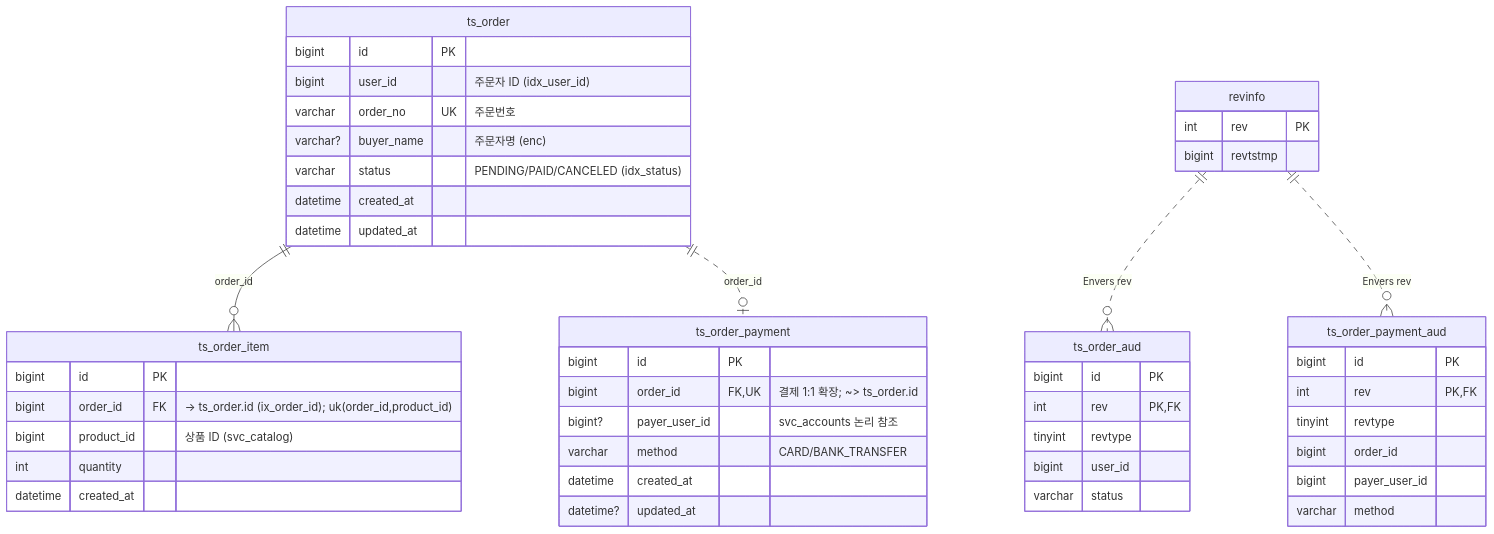
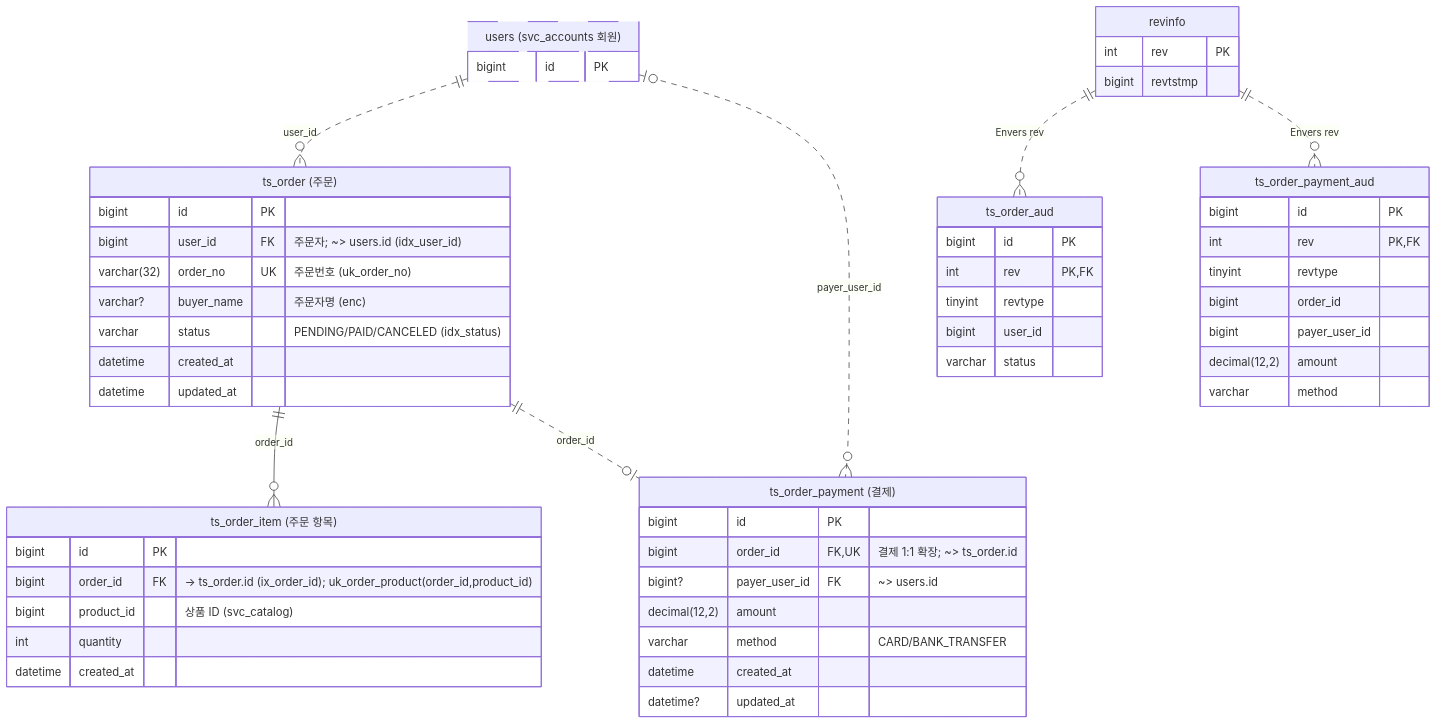
The diagram in examples/order.mmd (JHZLO/resin), drawn with Mermaid before and after one commit. The commit also changed 17 other files, not shown here.

```diff
--- a/examples/order.mmd
+++ b/examples/order.mmd
@@ -1,56 +1,66 @@
 erDiagram
     %% solid(--)=physical FK / dotted(..)=logical reference
+    users ||..o{ ts_order : "user_id"
     ts_order ||--o{ ts_order_item : "order_id"
     ts_order ||..o| ts_order_payment : "order_id"
+    users |o..o{ ts_order_payment : "payer_user_id"
 
     revinfo ||..o{ ts_order_aud : "Envers rev"
     revinfo ||..o{ ts_order_payment_aud : "Envers rev"
 
-    ts_order {
+    users["users (svc_accounts 회원)"]:::external {
         bigint id PK
-        bigint user_id "주문자 ID (idx_user_id)"
-        varchar order_no UK "주문번호"
+    }
+
+    ts_order["ts_order (주문)"] {
+        bigint id PK
+        bigint user_id FK "주문자; ~> users.id (idx_user_id)"
+        varchar(32) order_no UK "주문번호 (uk_order_no)"
         varchar? buyer_name "주문자명 (enc)"
         varchar status "PENDING/PAID/CANCELED (idx_status)"
         datetime created_at
         datetime updated_at
     }
 
-    ts_order_item {
+    ts_order_item["ts_order_item (주문 항목)"] {
         bigint id PK
-        bigint order_id FK "-> ts_order.id (ix_order_id); uk(order_id,product_id)"
+        bigint order_id FK "-> ts_order.id (ix_order_id); uk_order_product(order_id,product_id)"
         bigint product_id "상품 ID (svc_catalog)"
         int quantity
         datetime created_at
     }
 
-    ts_order_payment {
+    ts_order_payment["ts_order_payment (결제)"] {
         bigint id PK
         bigint order_id FK,UK "결제 1:1 확장; ~> ts_order.id"
-        bigint? payer_user_id "svc_accounts 논리 참조"
+        bigint? payer_user_id FK "~> users.id"
+        decimal(12,2) amount
         varchar method "CARD/BANK_TRANSFER"
         datetime created_at
         datetime? updated_at
     }
 
     revinfo {
         int rev PK
         bigint revtstmp
     }
 
     ts_order_aud {
         bigint id PK
         int rev PK,FK
         tinyint revtype
         bigint user_id
         varchar status
     }
 
     ts_order_payment_aud {
         bigint id PK
         int rev PK,FK
         tinyint revtype
         bigint order_id
         bigint payer_user_id
+        decimal(12,2) amount
         varchar method
     }
+
+    classDef external stroke-dasharray:4 3
```
